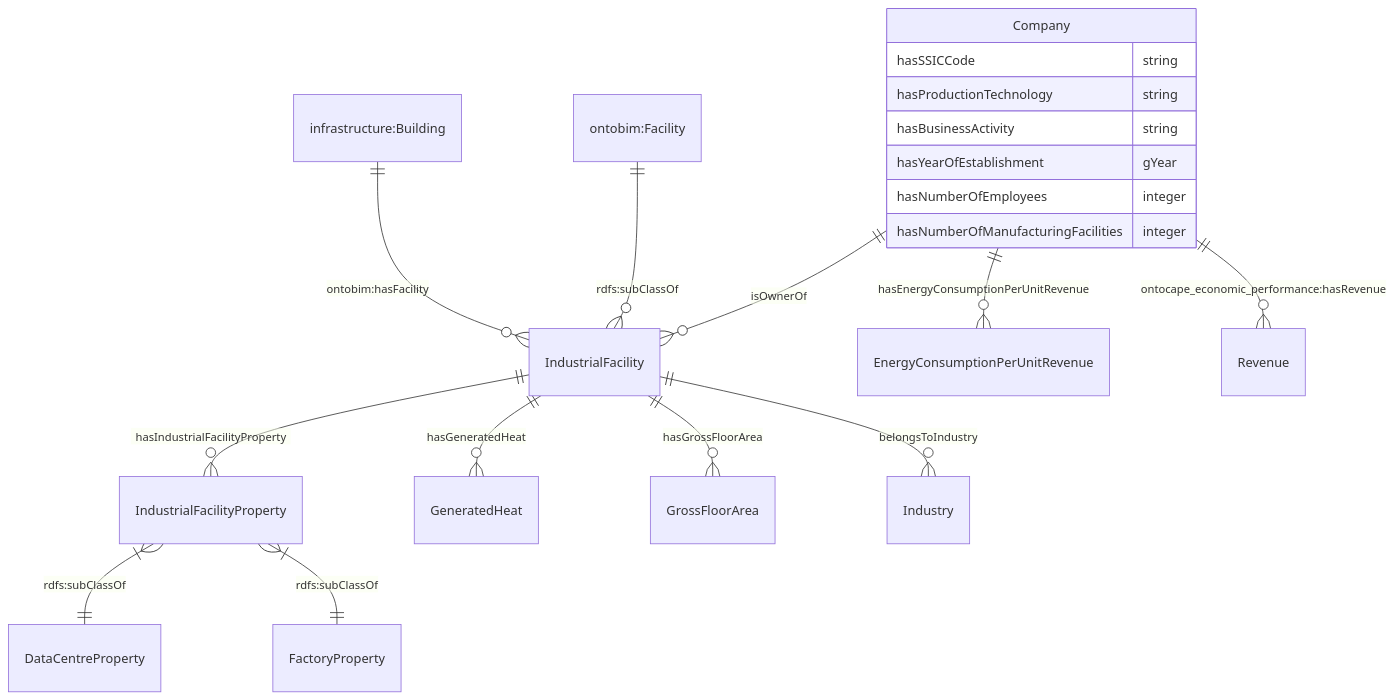
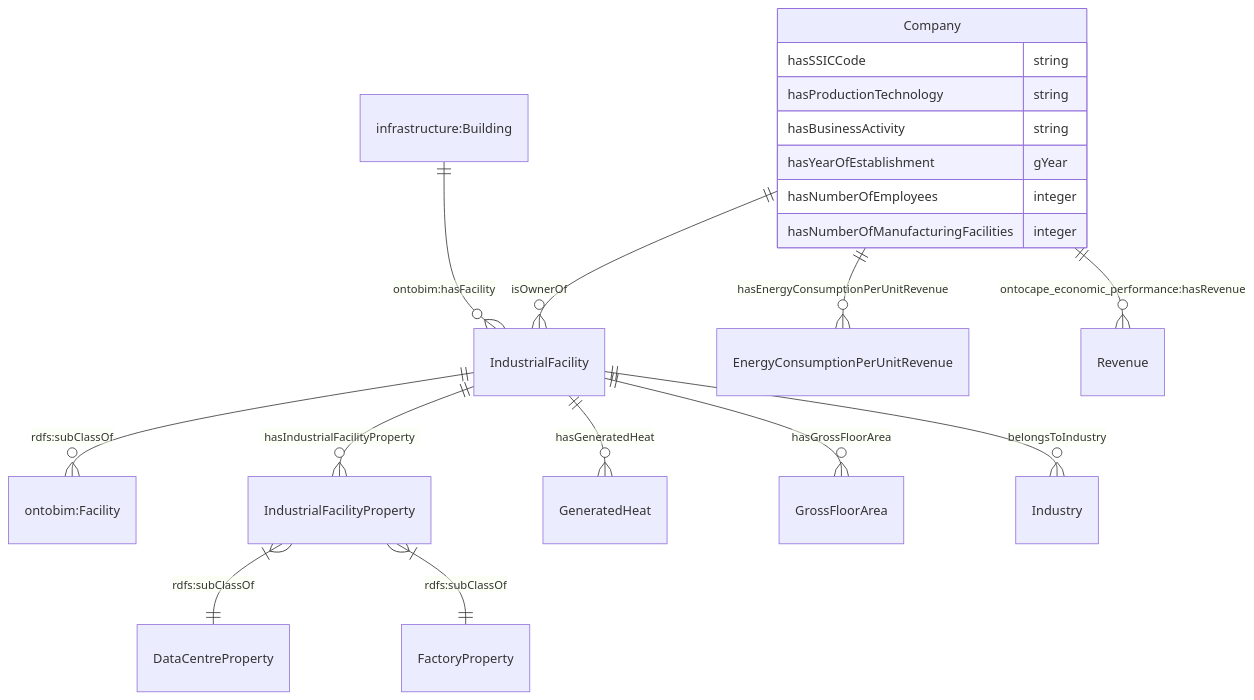
Before and after one commit to cambridge-cares/TheWorldAvatar: the first of 5 diagrams in JPS_Ontology/ontology/ontocompany/README.md, drawn with Mermaid.

Commit message:
1775-update-ontocompany-ontology: Updated relationship between ontobim:Facility and IndustrialFacility in mermaid diagram.

````diff
--- a/JPS_Ontology/ontology/ontocompany/README.md
+++ b/JPS_Ontology/ontology/ontocompany/README.md
@@ -22,22 +22,22 @@
 ```mermaid
     erDiagram
     "Company" ||--o{ "IndustrialFacility" : isOwnerOf
     "Company" ||--o{ "EnergyConsumptionPerUnitRevenue" : hasEnergyConsumptionPerUnitRevenue
     "Company" ||--o{ "Revenue" : "ontocape_economic_performance:hasRevenue"
     "Company" {
         hasSSICCode string
         hasProductionTechnology string
         hasBusinessActivity string
         hasYearOfEstablishment gYear
         hasNumberOfEmployees integer
         hasNumberOfManufacturingFacilities integer
     }
     "infrastructure:Building" ||--o{ "IndustrialFacility" : "ontobim:hasFacility"
-    "ontobim:Facility" ||--o{ "IndustrialFacility" : "rdfs:subClassOf"
+    "IndustrialFacility" ||--o{ "ontobim:Facility" : "rdfs:subClassOf"
     "IndustrialFacility" ||--o{ "IndustrialFacilityProperty" : hasIndustrialFacilityProperty
     "IndustrialFacilityProperty" }|--|| "DataCentreProperty" : "rdfs:subClassOf"
     "IndustrialFacilityProperty" }|--|| "FactoryProperty" : "rdfs:subClassOf"
     "IndustrialFacility" ||--o{ "GeneratedHeat" : hasGeneratedHeat
     "IndustrialFacility" ||--o{ "GrossFloorArea" : hasGrossFloorArea
     "IndustrialFacility" ||--o{ "Industry" : belongsToIndustry
 ```
````
